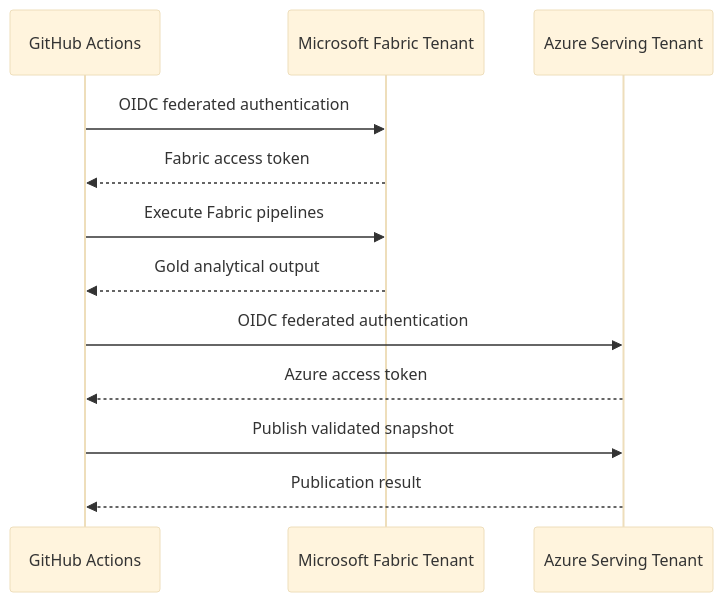
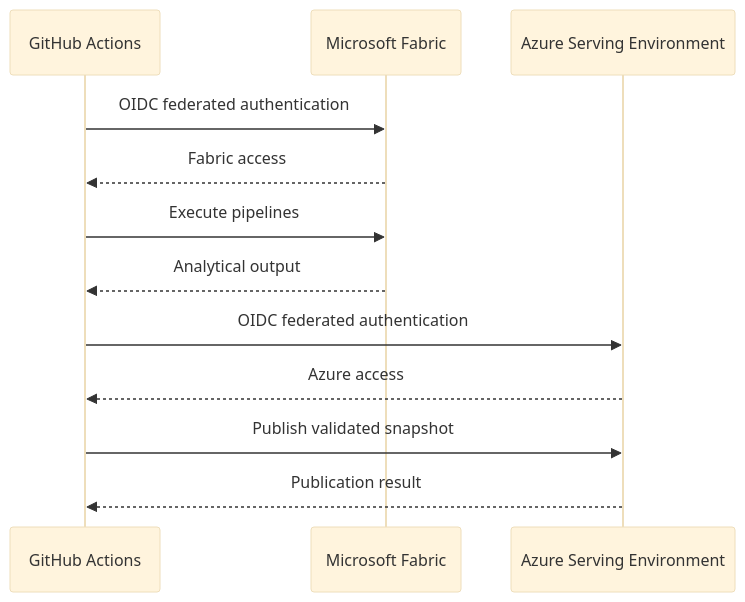
One commit to kamilkenny/greater-manchester-skills-opportunity-intelligence changed the ninth of 10 diagrams in README.md. Above: the diagram before and after it, drawn with Mermaid (base theme). The commit also changed other lines of this file, not shown here.

````diff
--- a/README.md
+++ b/README.md
@@ -705,19 +1046,19 @@
 ```mermaid
 sequenceDiagram
 
     participant GH as GitHub Actions
-    participant F as Microsoft Fabric Tenant
-    participant A as Azure Serving Tenant
+    participant F as Microsoft Fabric
+    participant A as Azure Serving Environment
 
     GH->>F: OIDC federated authentication
-    F-->>GH: Fabric access token
+    F-->>GH: Fabric access
 
-    GH->>F: Execute Fabric pipelines
-    F-->>GH: Gold analytical output
+    GH->>F: Execute pipelines
+    F-->>GH: Analytical output
 
     GH->>A: OIDC federated authentication
-    A-->>GH: Azure access token
+    A-->>GH: Azure access
 
     GH->>A: Publish validated snapshot
     A-->>GH: Publication result
 ```
````
